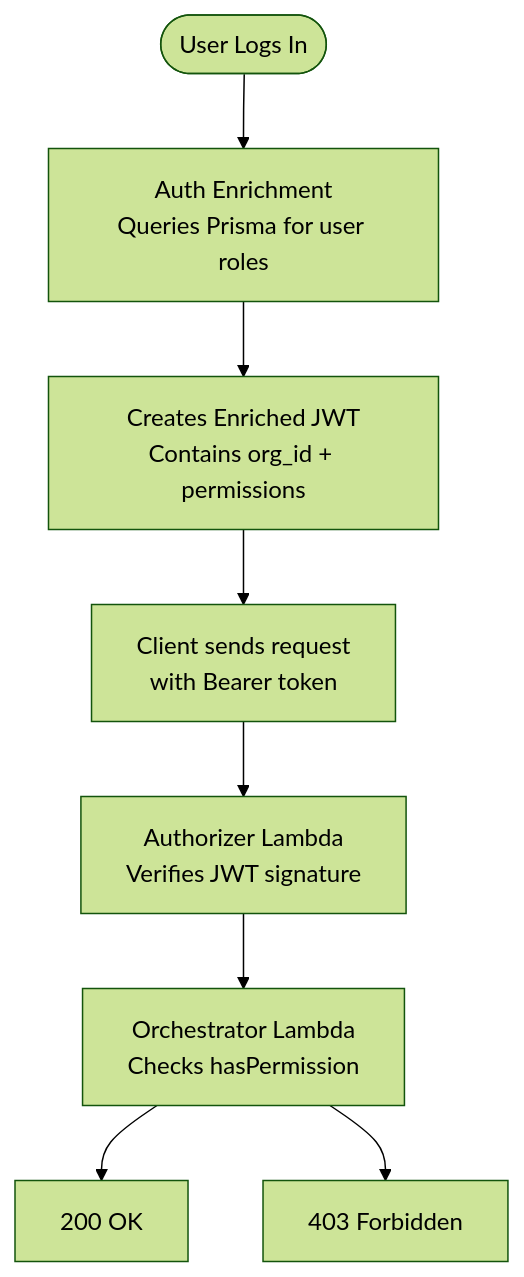
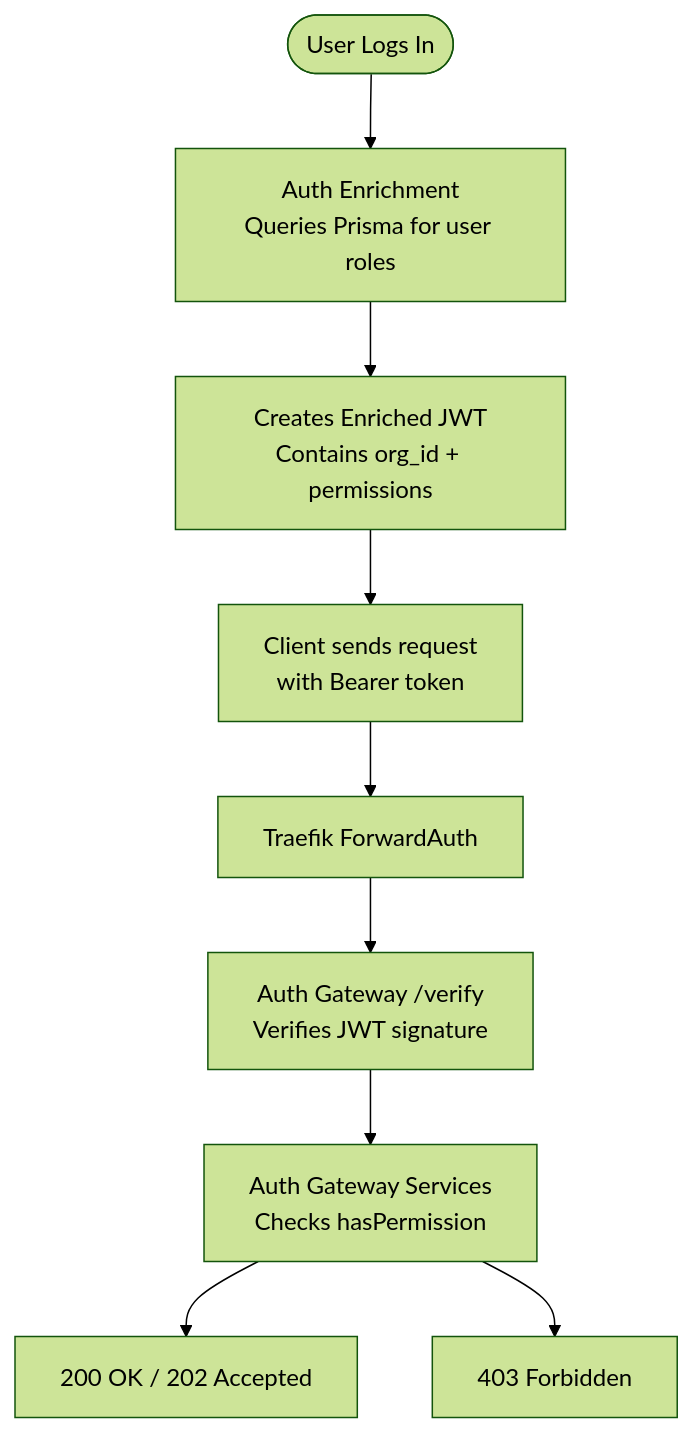
One commit to categorytechus/MultiTenantSaas changed the second of 3 diagrams in docs/LEARNING_PLAN.md. Above: the diagram before and after it, drawn with Mermaid (forest theme). The commit also changed other lines of this file and 69 other files, not shown here.

````diff
--- a/docs/LEARNING_PLAN.md
+++ b/docs/LEARNING_PLAN.md
@@ -164,10 +141,11 @@
 ```mermaid
 flowchart TD
     Login([User Logs In]) --> Enrich["Auth Enrichment<br/>Queries Prisma for user roles"]
     Enrich --> JWT["Creates Enriched JWT<br/>Contains org_id + permissions"]
     JWT --> Request["Client sends request<br/>with Bearer token"]
-    Request --> AuthLambda["Authorizer Lambda<br/>Verifies JWT signature"]
-    AuthLambda --> OrcLambda["Orchestrator Lambda<br/>Checks hasPermission"]
-    OrcLambda --> Allow["200 OK"]
-    OrcLambda --> Deny["403 Forbidden"]
+    Request --> Traefik["Traefik ForwardAuth"]
+    Traefik --> AuthGWVerify["Auth Gateway /verify<br/>Verifies JWT signature"]
+    AuthGWVerify --> AuthGW["Auth Gateway Services<br/>Checks hasPermission"]
+    AuthGW --> Allow["200 OK / 202 Accepted"]
+    AuthGW --> Deny["403 Forbidden"]
 ```
````
